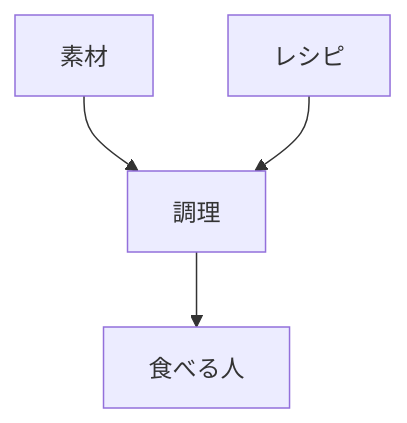
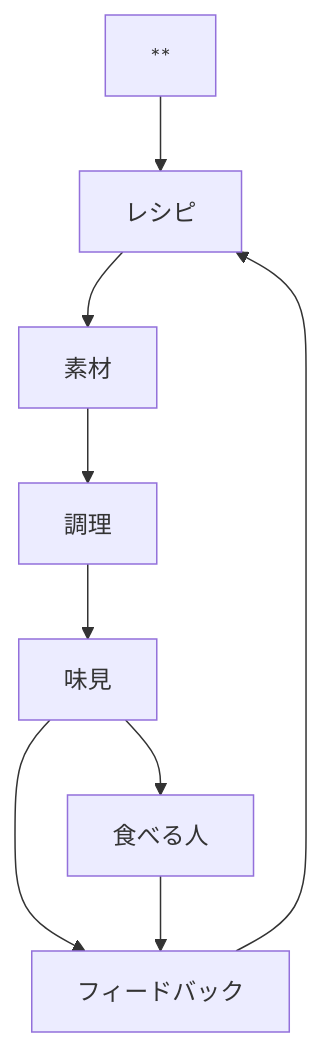
The fourth of 4 diagrams in docs/_posts/2017-01-01-hello.md (metaproxy-technologies/pages), drawn with Mermaid before and after one commit. The commit also changed other lines of this file, not shown here.

````diff
--- a/docs/_posts/2017-01-01-hello.md
+++ b/docs/_posts/2017-01-01-hello.md
@@ -70,6 +70,11 @@
 ```mermaid
-graph TD
+graph TD;
+  レシピ --> 素材
   素材 --> 調理
-  レシピ --> 調理
-  調理 --> 食べる人
+  調理 --> 味見
+  味見 --> 食べる人
+  味見 --> フィードバック
+  食べる人 --> フィードバック
+  フィードバック --> レシピ
+  ** --> レシピ
 ```
````
